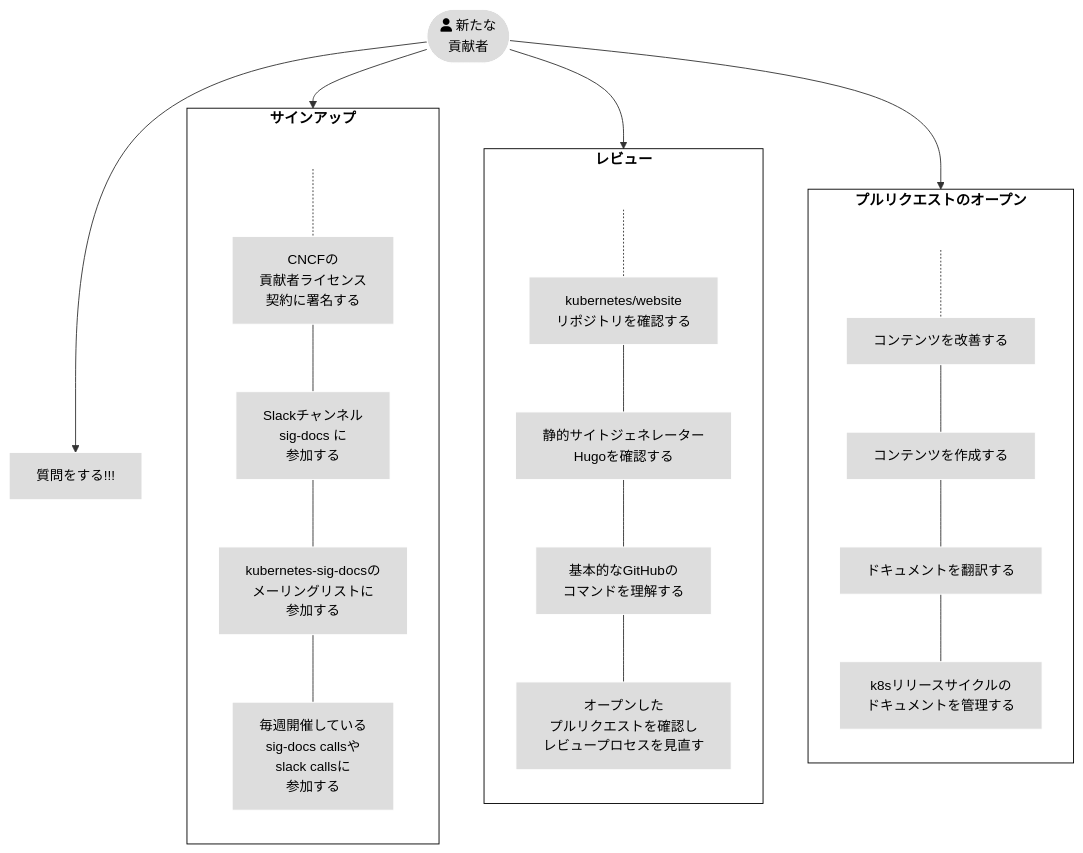
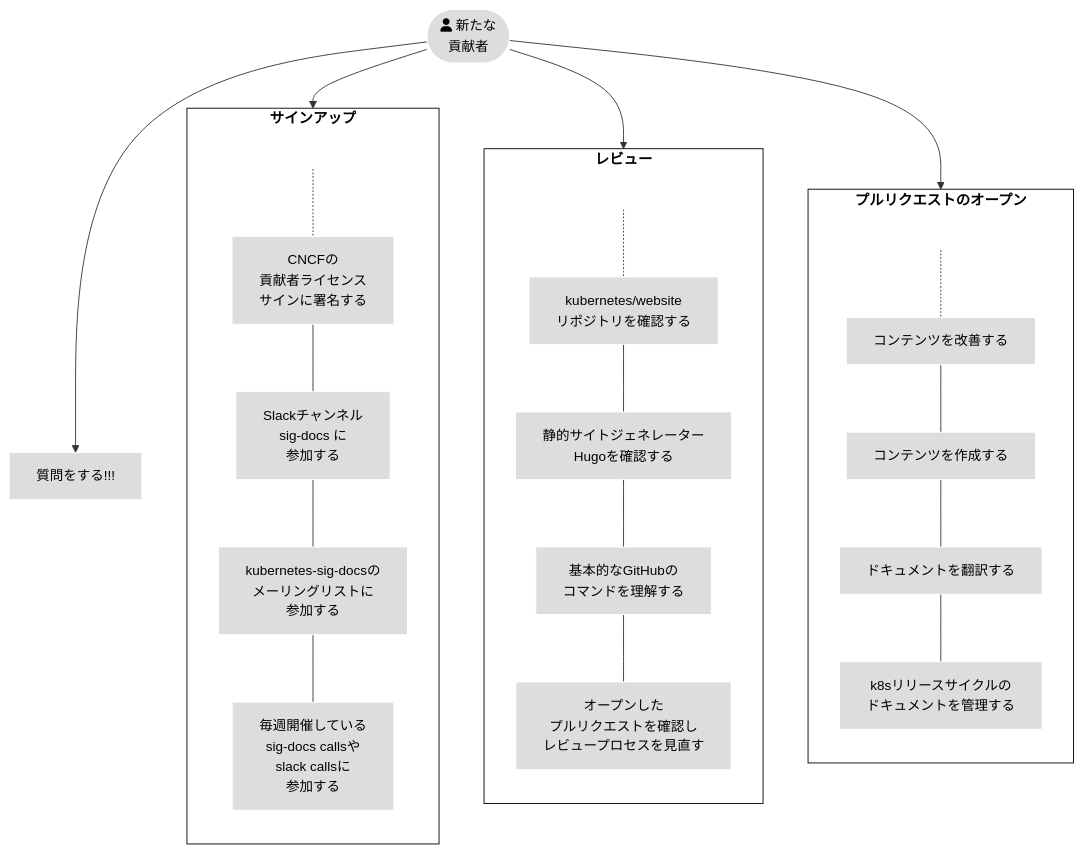
The first of 2 diagrams in content/ja/docs/contribute/docs.md (kubernetes/website), drawn with Mermaid before and after one commit.

```diff
--- a/content/ja/docs/contribute/docs.md
+++ b/content/ja/docs/contribute/docs.md
@@ -44,40 +44,40 @@
 {{< mermaid >}}
 flowchart TB
 subgraph third[プルリクエストのオープン]
 direction TB
 U[ ] -.-
 Q[コンテンツを改善する] --- N[コンテンツを作成する]
 N --- O[ドキュメントを翻訳する]
 O --- P[k8sリリースサイクルの <br>ドキュメントを管理する]
 
 end
 
 subgraph second[レビュー]
 direction TB
    T[ ] -.-
    D[kubernetes/website <br>リポジトリを確認する] --- E[静的サイトジェネレーター <br>Hugoを確認する]
    E --- F[基本的なGitHubの <br>コマンドを理解する]
    F --- G[オープンした <br>プルリクエストを確認し <br>レビュープロセスを見直す]
 end
 
 subgraph first[サインアップ]
     direction TB
     S[ ] -.-
-    B[CNCFの <br>貢献者ライセンス <br>契約に署名する] --- C[Slackチャンネル <br>sig-docs に<br>参加する]
+    B[CNCFの <br>貢献者ライセンス <br>サインに署名する] --- C[Slackチャンネル <br>sig-docs に<br>参加する]
     C --- V[kubernetes-sig-docsの<br> メーリングリストに <br>参加する]
     V --- M[毎週開催している <br>sig-docs callsや<br> slack callsに <br>参加する]
 end
 
 A([fa:fa-user 新たな<br>貢献者]) --> first
 A --> second
 A --> third
 A --> H[質問をする!!!]
 
 
 classDef grey fill:#dddddd,stroke:#ffffff,stroke-width:px,color:#000000, font-size:15px;
 classDef white fill:#ffffff,stroke:#000,stroke-width:px,color:#000,font-weight:bold
 classDef spacewhite fill:#ffffff,stroke:#fff,stroke-width:0px,color:#000
 class A,B,C,D,E,F,G,H,M,Q,N,O,P,V grey
 class S,T,U spacewhite
 class first,second,third white
 {{</ mermaid >}}
```
